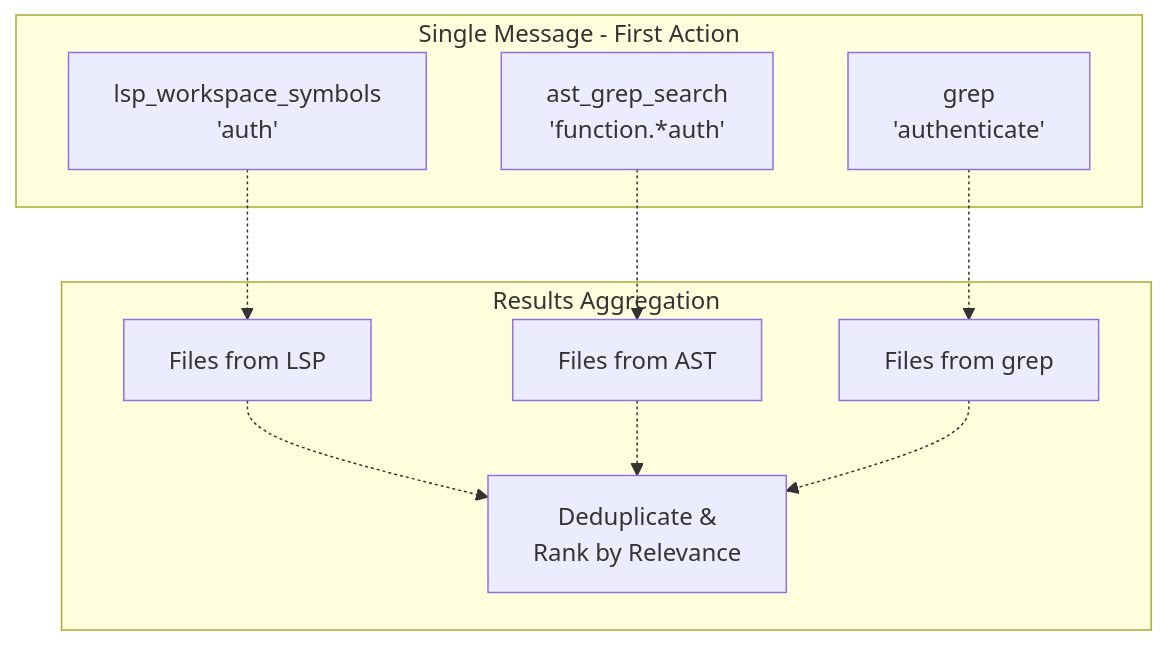
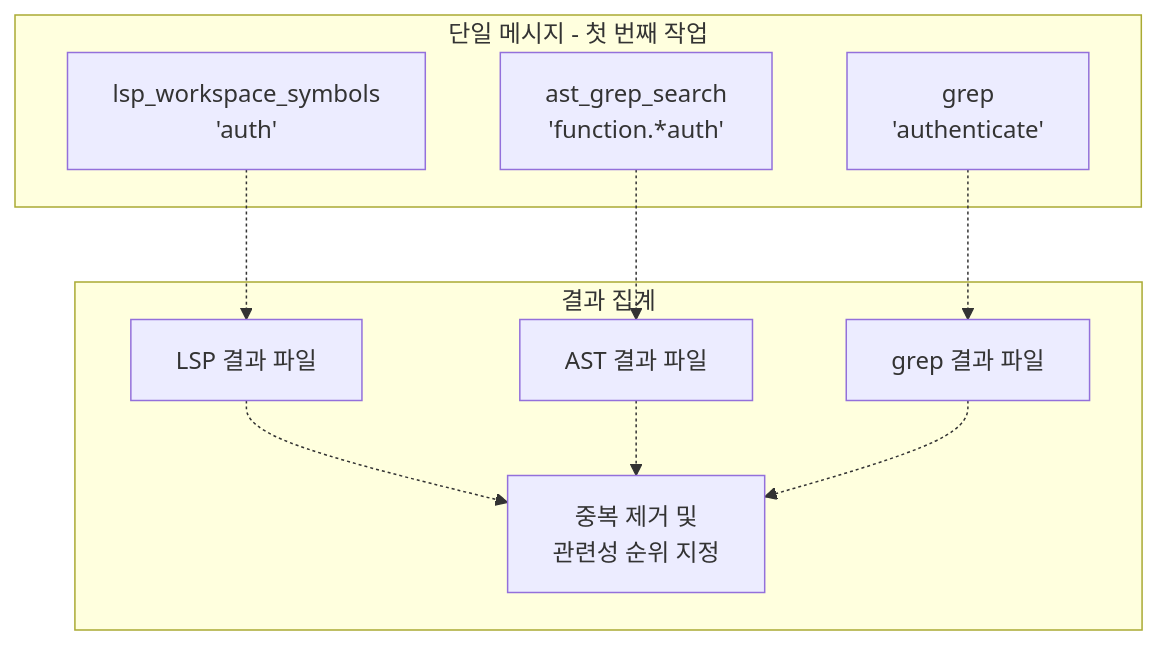
The second of 7 diagrams in docs/agents/explore-agent.md (felipetruman/oh-my-opencode-docs), drawn with Mermaid before and after one commit. The commit also changed other lines of this file and 76 other files, not shown here.

````diff
--- a/docs/agents/explore-agent.md
+++ b/docs/agents/explore-agent.md
@@ -87,31 +87,31 @@
 ```mermaid
 flowchart TD
 
 Tool1["lsp_workspace_symbols<br>'auth'"]
 Tool2["ast_grep_search<br>'function.*auth'"]
 Tool3["grep<br>'authenticate'"]
-Files1["Files from LSP"]
-Files2["Files from AST"]
-Files3["Files from grep"]
-Merge["Deduplicate &<br>Rank by Relevance"]
+Files1["LSP 결과 파일"]
+Files2["AST 결과 파일"]
+Files3["grep 결과 파일"]
+Merge["중복 제거 및<br>관련성 순위 지정"]
 
 Tool1 -.-> Files1
 Tool2 -.-> Files2
 Tool3 -.-> Files3
 
-subgraph subGraph1 ["Results Aggregation"]
+subgraph subGraph1 ["결과 집계"]
     Files1
     Files2
     Files3
     Merge
     Files1 -.-> Merge
     Files2 -.-> Merge
     Files3 -.-> Merge
 end
 
-subgraph subGraph0 ["Single Message - First Action"]
+subgraph subGraph0 ["단일 메시지 - 첫 번째 작업"]
     Tool1
     Tool2
     Tool3
 end
 ```
````
